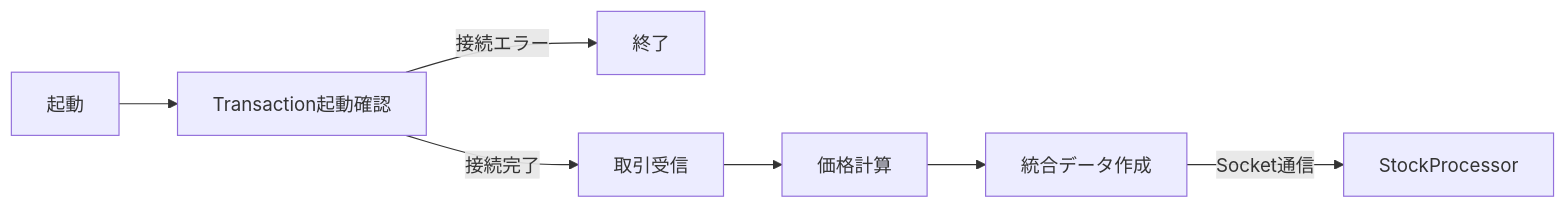
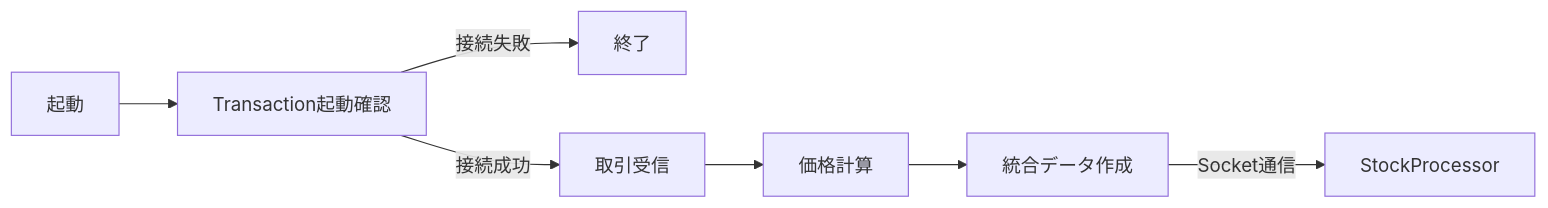
The first of 3 diagrams in work-06/report/最終レポート_finalReport.md (Vigener/RealTime-Data), drawn with Mermaid before and after one commit. The commit also changed other lines of this file and 7 other files, not shown here.

````diff
--- a/work-06/report/最終レポート_finalReport.md
+++ b/work-06/report/最終レポート_finalReport.md
@@ -315,13 +286,13 @@
    ```mermaid
    flowchart LR
      ST[起動]
      TC[Transaction起動確認]
      CE[終了]
      TR[取引受信]
      PC[価格計算]
      CD[統合データ作成]
      SP[StockProcessor]
 
-     ST --> TC --> |接続完了| TR --> PC --> CD --> |Socket通信| SP
-     TC -->|接続エラー| CE
+     ST --> TC --> |接続成功| TR --> PC --> CD --> |Socket通信| SP
+     TC -->|接続失敗| CE
    ```
````
